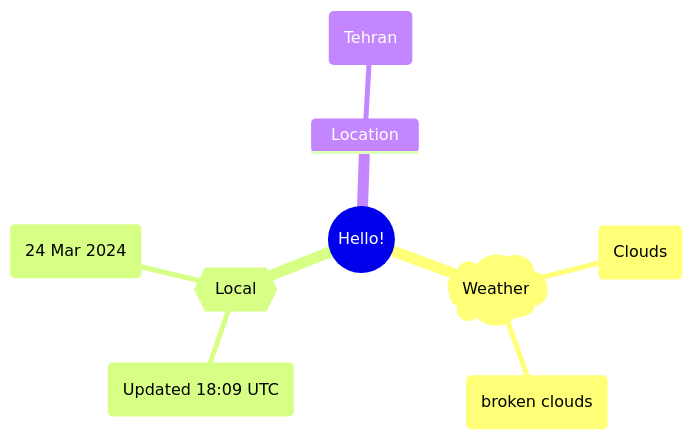
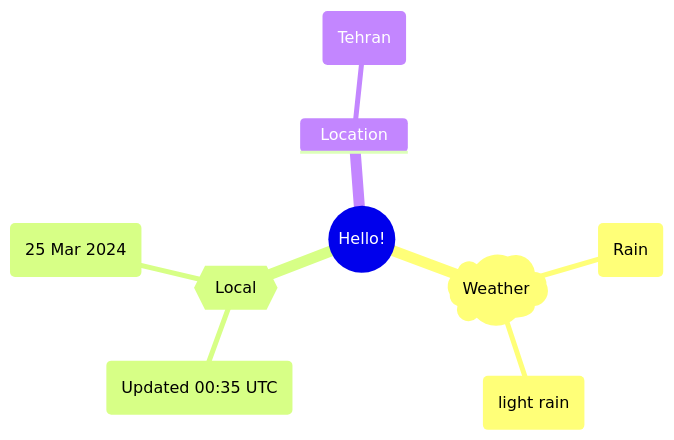
Before and after one commit to Xosrov/Xosrov: the first of 2 diagrams in README.md, drawn with Mermaid.

Commit message:
[bot] updated images

````diff
--- a/README.md
+++ b/README.md
@@ -3,12 +3,12 @@
 ```mermaid
 mindmap
   root((Hello!))
     )Weather(
-        (Clouds)
-        (broken clouds)
+        (Rain)
+        (light rain)
     {{Local}}
-        (Updated 18:09 UTC)
-        (24 Mar 2024)
+        (Updated 00:35 UTC)
+        (25 Mar 2024)
     Location
         (Tehran)
 ```
````
